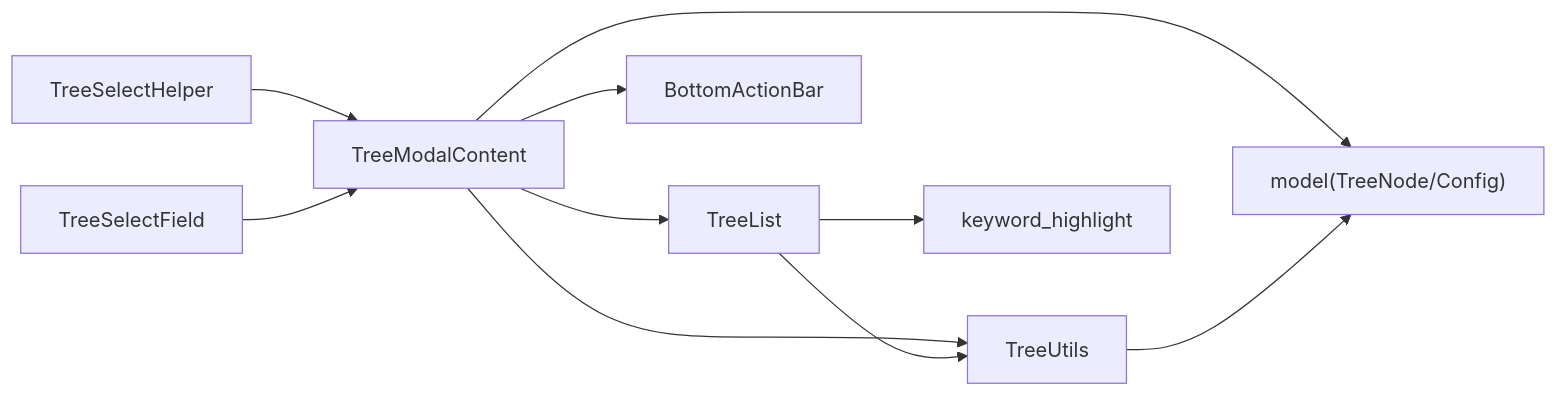
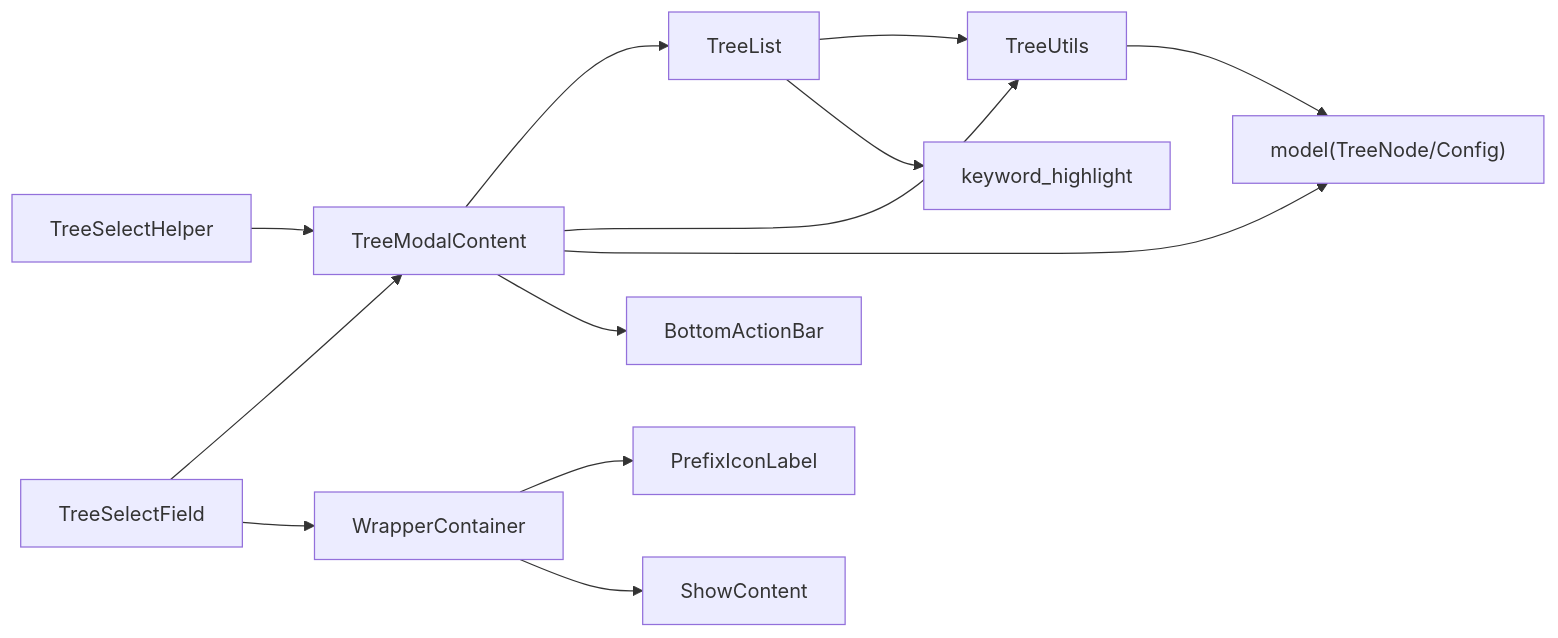
Before and after one commit to yuzhido/lite-ui: the third of 3 diagrams in .qoder/repowiki/zh/content/API 参考/高级组件 API/TreeSelect 树形选择器 API.md, drawn with Mermaid. The commit also changed other lines of this file and 14 other files, not shown here.

````diff
--- a/.qoder/repowiki/zh/content/API 参考/高级组件 API/TreeSelect 树形选择器 API.md
+++ b/.qoder/repowiki/zh/content/API 参考/高级组件 API/TreeSelect 树形选择器 API.md
@@ -337,12 +411,15 @@
 ```mermaid
 graph LR
 Helper["TreeSelectHelper"] --> Modal["TreeModalContent"]
 Field["TreeSelectField"] --> Modal
 Modal --> List["TreeList"]
 Modal --> Utils["TreeUtils"]
 List --> Utils
 Modal --> Model["model(TreeNode/Config)"]
 List --> Highlight["keyword_highlight"]
 Utils --> Model
 Modal --> BottomBar["BottomActionBar"]
+Field --> Wrapper["WrapperContainer"]
+Wrapper --> PrefixLabel["PrefixIconLabel"]
+Wrapper --> ShowContent["ShowContent"]
 ```
````
